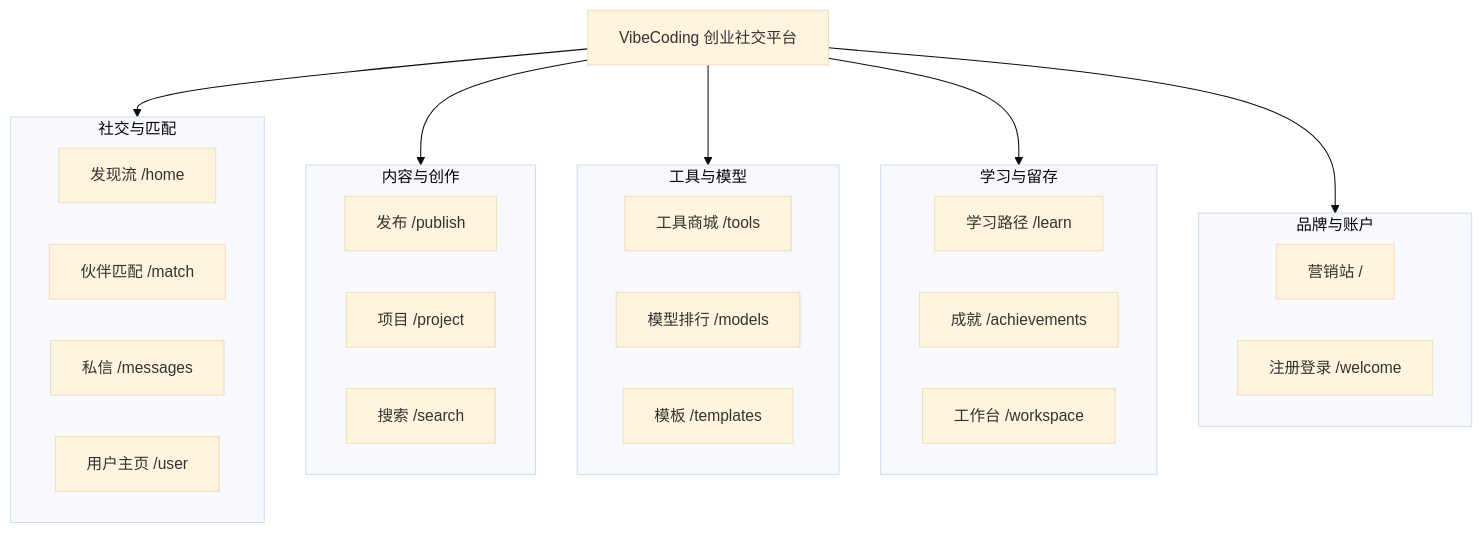
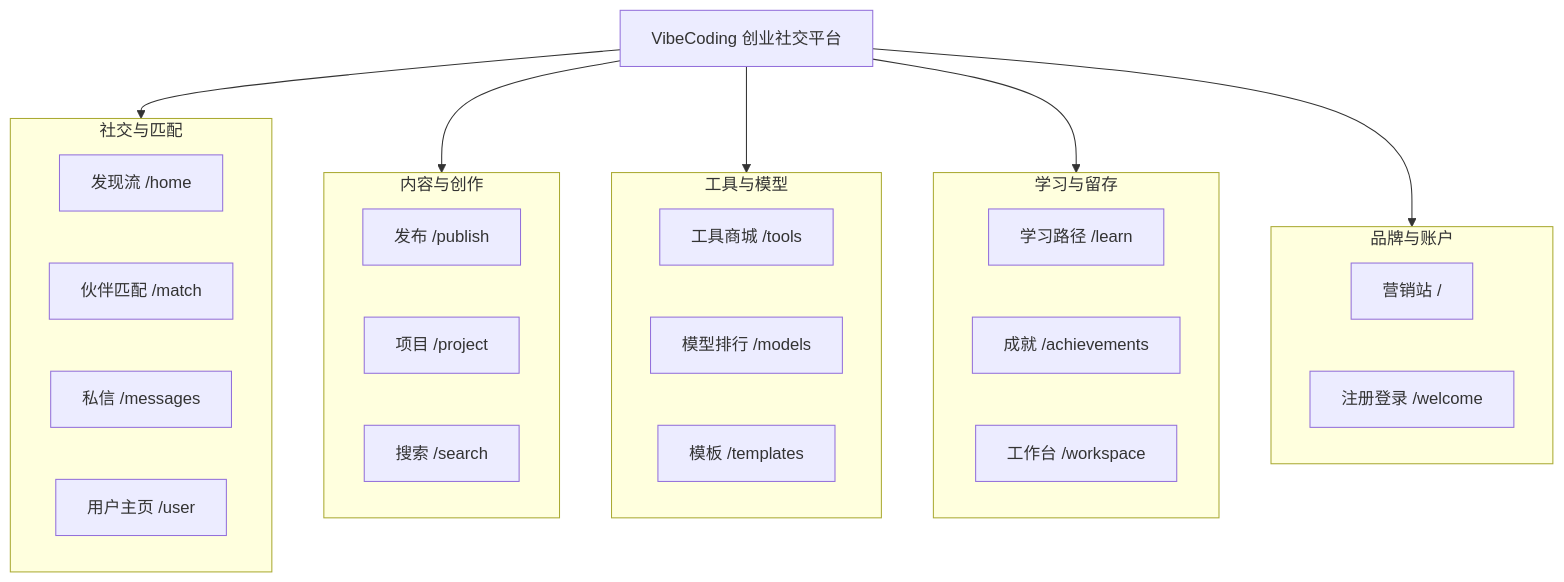
One commit to FrankDengAI/founder-bridge-AI changed the ninth of 13 diagrams in README.md. Above: the diagram before and after it, drawn with Mermaid. The commit also changed other lines of this file and 75 other files, not shown here.

````diff
--- a/README.md
+++ b/README.md
@@ -871,41 +1151,40 @@
 ```mermaid
-%%{init: {'theme': 'base', 'themeVariables': {'fontSize': '15px'}, 'flowchart': {'nodeSpacing': 40, 'rankSpacing': 50}}}%%
 flowchart TB
   Hub["VibeCoding 创业社交平台"]
 
   subgraph Social ["社交与匹配"]
     S1["发现流 /home"]
     S2["伙伴匹配 /match"]
     S3["私信 /messages"]
     S4["用户主页 /user"]
   end
 
   subgraph Content ["内容与创作"]
     C1["发布 /publish"]
     C2["项目 /project"]
     C3["搜索 /search"]
   end
 
   subgraph Tools ["工具与模型"]
     T1["工具商城 /tools"]
     T2["模型排行 /models"]
     T3["模板 /templates"]
   end
 
   subgraph Growth ["学习与留存"]
     G1["学习路径 /learn"]
     G2["成就 /achievements"]
     G3["工作台 /workspace"]
   end
 
   subgraph Brand ["品牌与账户"]
     B1["营销站 /"]
     B2["注册登录 /welcome"]
   end
 
   Hub --> Social
   Hub --> Content
   Hub --> Tools
   Hub --> Growth
   Hub --> Brand
 ```
````
